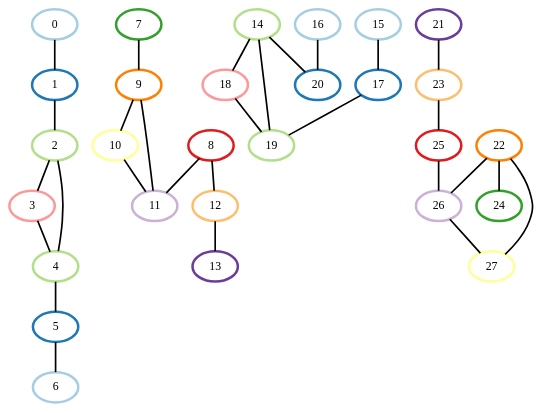
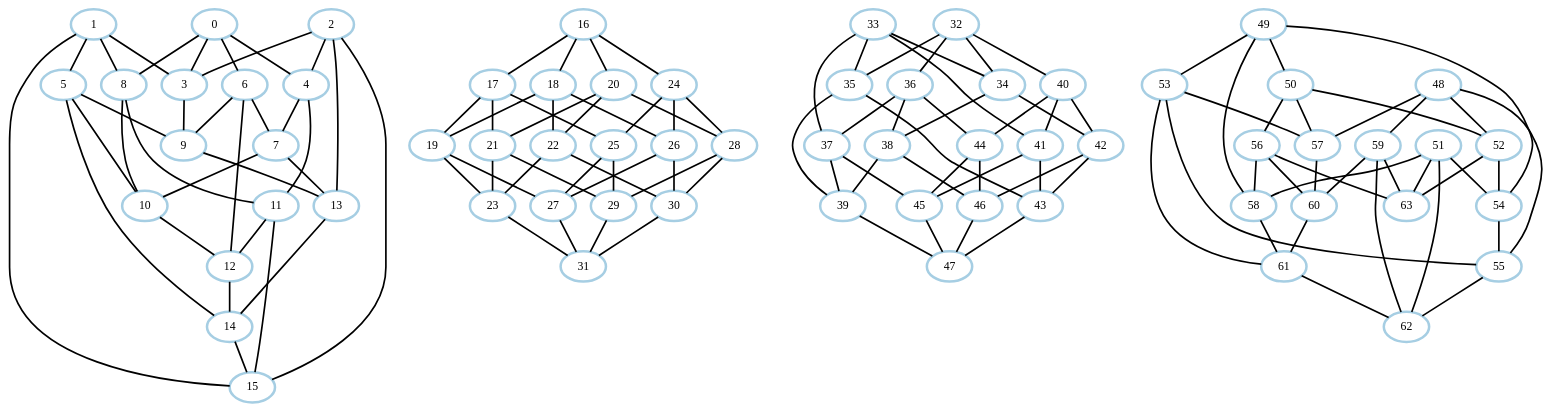
One commit to Pietvergiet/Project-Module-7 changed the diagram in graph.dot. Above: the diagram before and after it, drawn with Graphviz. The commit also changed 1 other file, not shown here.

```diff
--- a/graph.dot
+++ b/graph.dot
@@ -1,59 +1,195 @@
 graph G {
     0 [penwidth=3,color=1, colorscheme=paired12]
-    1 [penwidth=3,color=2, colorscheme=paired12]
-    2 [penwidth=3,color=3, colorscheme=paired12]
-    3 [penwidth=3,color=5, colorscheme=paired12]
-    4 [penwidth=3,color=3, colorscheme=paired12]
-    5 [penwidth=3,color=2, colorscheme=paired12]
+    1 [penwidth=3,color=1, colorscheme=paired12]
+    2 [penwidth=3,color=1, colorscheme=paired12]
+    3 [penwidth=3,color=1, colorscheme=paired12]
+    4 [penwidth=3,color=1, colorscheme=paired12]
+    5 [penwidth=3,color=1, colorscheme=paired12]
     6 [penwidth=3,color=1, colorscheme=paired12]
-    7 [penwidth=3,color=4, colorscheme=paired12]
-    8 [penwidth=3,color=6, colorscheme=paired12]
-    9 [penwidth=3,color=8, colorscheme=paired12]
-    10 [penwidth=3,color=11, colorscheme=paired12]
-    11 [penwidth=3,color=9, colorscheme=paired12]
-    12 [penwidth=3,color=7, colorscheme=paired12]
-    13 [penwidth=3,color=10, colorscheme=paired12]
-    14 [penwidth=3,color=3, colorscheme=paired12]
+    7 [penwidth=3,color=1, colorscheme=paired12]
+    8 [penwidth=3,color=1, colorscheme=paired12]
+    9 [penwidth=3,color=1, colorscheme=paired12]
+    10 [penwidth=3,color=1, colorscheme=paired12]
+    11 [penwidth=3,color=1, colorscheme=paired12]
+    12 [penwidth=3,color=1, colorscheme=paired12]
+    13 [penwidth=3,color=1, colorscheme=paired12]
+    14 [penwidth=3,color=1, colorscheme=paired12]
     15 [penwidth=3,color=1, colorscheme=paired12]
     16 [penwidth=3,color=1, colorscheme=paired12]
-    17 [penwidth=3,color=2, colorscheme=paired12]
-    18 [penwidth=3,color=5, colorscheme=paired12]
-    19 [penwidth=3,color=3, colorscheme=paired12]
-    20 [penwidth=3,color=2, colorscheme=paired12]
-    21 [penwidth=3,color=10, colorscheme=paired12]
-    22 [penwidth=3,color=8, colorscheme=paired12]
-    23 [penwidth=3,color=7, colorscheme=paired12]
-    24 [penwidth=3,color=4, colorscheme=paired12]
-    25 [penwidth=3,color=6, colorscheme=paired12]
-    26 [penwidth=3,color=9, colorscheme=paired12]
-    27 [penwidth=3,color=11, colorscheme=paired12]
+    17 [penwidth=3,color=1, colorscheme=paired12]
+    18 [penwidth=3,color=1, colorscheme=paired12]
+    19 [penwidth=3,color=1, colorscheme=paired12]
+    20 [penwidth=3,color=1, colorscheme=paired12]
+    21 [penwidth=3,color=1, colorscheme=paired12]
+    22 [penwidth=3,color=1, colorscheme=paired12]
+    23 [penwidth=3,color=1, colorscheme=paired12]
+    24 [penwidth=3,color=1, colorscheme=paired12]
+    25 [penwidth=3,color=1, colorscheme=paired12]
+    26 [penwidth=3,color=1, colorscheme=paired12]
+    27 [penwidth=3,color=1, colorscheme=paired12]
+    28 [penwidth=3,color=1, colorscheme=paired12]
+    29 [penwidth=3,color=1, colorscheme=paired12]
+    30 [penwidth=3,color=1, colorscheme=paired12]
+    31 [penwidth=3,color=1, colorscheme=paired12]
+    32 [penwidth=3,color=1, colorscheme=paired12]
+    33 [penwidth=3,color=1, colorscheme=paired12]
+    34 [penwidth=3,color=1, colorscheme=paired12]
+    35 [penwidth=3,color=1, colorscheme=paired12]
+    36 [penwidth=3,color=1, colorscheme=paired12]
+    37 [penwidth=3,color=1, colorscheme=paired12]
+    38 [penwidth=3,color=1, colorscheme=paired12]
+    39 [penwidth=3,color=1, colorscheme=paired12]
+    40 [penwidth=3,color=1, colorscheme=paired12]
+    41 [penwidth=3,color=1, colorscheme=paired12]
+    42 [penwidth=3,color=1, colorscheme=paired12]
+    43 [penwidth=3,color=1, colorscheme=paired12]
+    44 [penwidth=3,color=1, colorscheme=paired12]
+    45 [penwidth=3,color=1, colorscheme=paired12]
+    46 [penwidth=3,color=1, colorscheme=paired12]
+    47 [penwidth=3,color=1, colorscheme=paired12]
+    48 [penwidth=3,color=1, colorscheme=paired12]
+    49 [penwidth=3,color=1, colorscheme=paired12]
+    50 [penwidth=3,color=1, colorscheme=paired12]
+    51 [penwidth=3,color=1, colorscheme=paired12]
+    52 [penwidth=3,color=1, colorscheme=paired12]
+    53 [penwidth=3,color=1, colorscheme=paired12]
+    54 [penwidth=3,color=1, colorscheme=paired12]
+    55 [penwidth=3,color=1, colorscheme=paired12]
+    56 [penwidth=3,color=1, colorscheme=paired12]
+    57 [penwidth=3,color=1, colorscheme=paired12]
+    58 [penwidth=3,color=1, colorscheme=paired12]
+    59 [penwidth=3,color=1, colorscheme=paired12]
+    60 [penwidth=3,color=1, colorscheme=paired12]
+    61 [penwidth=3,color=1, colorscheme=paired12]
+    62 [penwidth=3,color=1, colorscheme=paired12]
+    63 [penwidth=3,color=1, colorscheme=paired12]
 
-    0--1 [penwidth=2]
-    1--2 [penwidth=2]
+    0--8 [penwidth=2]
+    0--3 [penwidth=2]
+    0--6 [penwidth=2]
+    0--4 [penwidth=2]
+    1--15 [penwidth=2]
+    1--5 [penwidth=2]
+    1--3 [penwidth=2]
+    1--8 [penwidth=2]
+    2--4 [penwidth=2]
     2--3 [penwidth=2]
-    2--4 [penwidth=2]
-    3--4 [penwidth=2]
-    4--5 [penwidth=2]
-    5--6 [penwidth=2]
-    7--9 [penwidth=2]
+    2--13 [penwidth=2]
+    2--15 [penwidth=2]
+    3--9 [penwidth=2]
+    4--7 [penwidth=2]
+    4--11 [penwidth=2]
+    5--10 [penwidth=2]
+    5--9 [penwidth=2]
+    5--14 [penwidth=2]
+    6--7 [penwidth=2]
+    6--9 [penwidth=2]
+    6--12 [penwidth=2]
+    7--10 [penwidth=2]
+    7--13 [penwidth=2]
+    8--10 [penwidth=2]
     8--11 [penwidth=2]
-    8--12 [penwidth=2]
-    9--10 [penwidth=2]
-    9--11 [penwidth=2]
-    10--11 [penwidth=2]
-    12--13 [penwidth=2]
-    14--19 [penwidth=2]
-    14--18 [penwidth=2]
-    14--20 [penwidth=2]
-    15--17 [penwidth=2]
+    9--13 [penwidth=2]
+    10--12 [penwidth=2]
+    11--15 [penwidth=2]
+    11--12 [penwidth=2]
+    12--14 [penwidth=2]
+    13--14 [penwidth=2]
+    14--15 [penwidth=2]
+    16--17 [penwidth=2]
+    16--18 [penwidth=2]
     16--20 [penwidth=2]
+    16--24 [penwidth=2]
     17--19 [penwidth=2]
+    17--21 [penwidth=2]
+    17--25 [penwidth=2]
     18--19 [penwidth=2]
+    18--22 [penwidth=2]
+    18--26 [penwidth=2]
+    19--23 [penwidth=2]
+    19--27 [penwidth=2]
+    20--21 [penwidth=2]
+    20--22 [penwidth=2]
+    20--28 [penwidth=2]
     21--23 [penwidth=2]
-    22--26 [penwidth=2]
-    22--27 [penwidth=2]
-    22--24 [penwidth=2]
-    23--25 [penwidth=2]
-    25--26 [penwidth=2]
+    21--29 [penwidth=2]
+    22--23 [penwidth=2]
+    22--30 [penwidth=2]
+    23--31 [penwidth=2]
+    24--25 [penwidth=2]
+    24--26 [penwidth=2]
+    24--28 [penwidth=2]
+    25--27 [penwidth=2]
+    25--29 [penwidth=2]
     26--27 [penwidth=2]
+    26--30 [penwidth=2]
+    27--31 [penwidth=2]
+    28--29 [penwidth=2]
+    28--30 [penwidth=2]
+    29--31 [penwidth=2]
+    30--31 [penwidth=2]
+    32--34 [penwidth=2]
+    32--36 [penwidth=2]
+    32--40 [penwidth=2]
+    32--35 [penwidth=2]
+    33--35 [penwidth=2]
+    33--37 [penwidth=2]
+    33--41 [penwidth=2]
+    33--34 [penwidth=2]
+    34--38 [penwidth=2]
+    34--42 [penwidth=2]
+    35--39 [penwidth=2]
+    35--43 [penwidth=2]
+    36--37 [penwidth=2]
+    36--38 [penwidth=2]
+    36--44 [penwidth=2]
+    37--39 [penwidth=2]
+    37--45 [penwidth=2]
+    38--39 [penwidth=2]
+    38--46 [penwidth=2]
+    39--47 [penwidth=2]
+    40--41 [penwidth=2]
+    40--42 [penwidth=2]
+    40--44 [penwidth=2]
+    41--43 [penwidth=2]
+    41--45 [penwidth=2]
+    42--43 [penwidth=2]
+    42--46 [penwidth=2]
+    43--47 [penwidth=2]
+    44--45 [penwidth=2]
+    44--46 [penwidth=2]
+    45--47 [penwidth=2]
+    46--47 [penwidth=2]
+    48--59 [penwidth=2]
+    48--57 [penwidth=2]
+    48--55 [penwidth=2]
+    48--52 [penwidth=2]
+    49--58 [penwidth=2]
+    49--50 [penwidth=2]
+    49--53 [penwidth=2]
+    49--54 [penwidth=2]
+    50--52 [penwidth=2]
+    50--56 [penwidth=2]
+    50--57 [penwidth=2]
+    51--58 [penwidth=2]
+    51--63 [penwidth=2]
+    51--54 [penwidth=2]
+    51--62 [penwidth=2]
+    52--63 [penwidth=2]
+    52--54 [penwidth=2]
+    53--55 [penwidth=2]
+    53--61 [penwidth=2]
+    53--57 [penwidth=2]
+    54--55 [penwidth=2]
+    55--62 [penwidth=2]
+    56--58 [penwidth=2]
+    56--63 [penwidth=2]
+    56--60 [penwidth=2]
+    57--60 [penwidth=2]
+    58--61 [penwidth=2]
+    59--63 [penwidth=2]
+    59--60 [penwidth=2]
+    59--62 [penwidth=2]
+    60--61 [penwidth=2]
+    61--62 [penwidth=2]
 }
```
